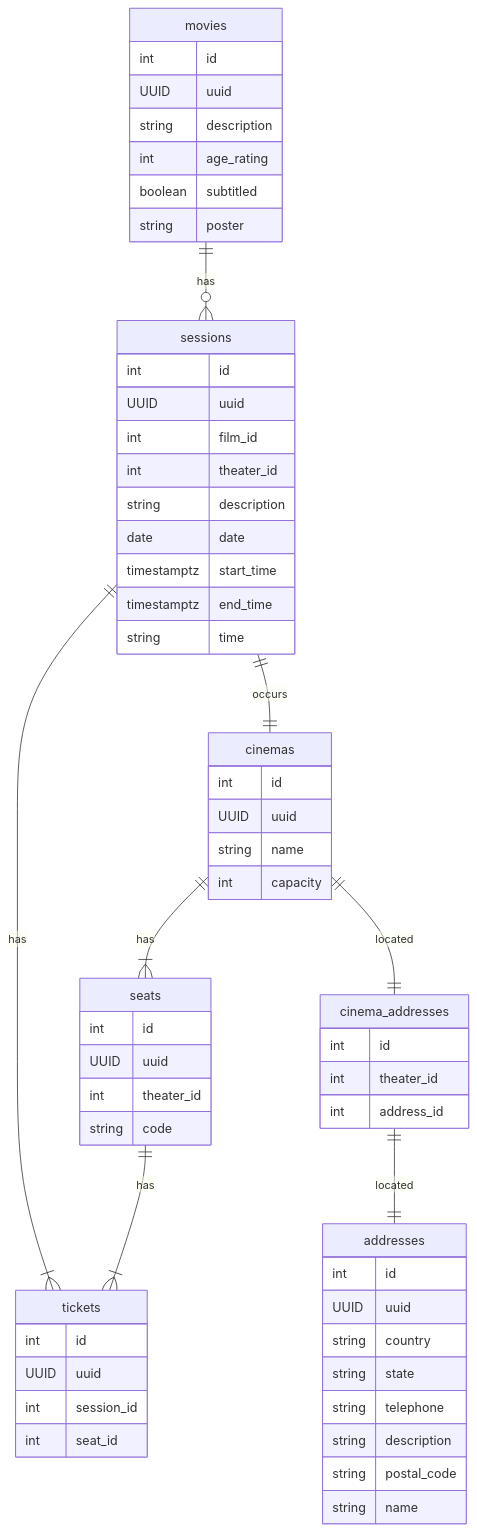
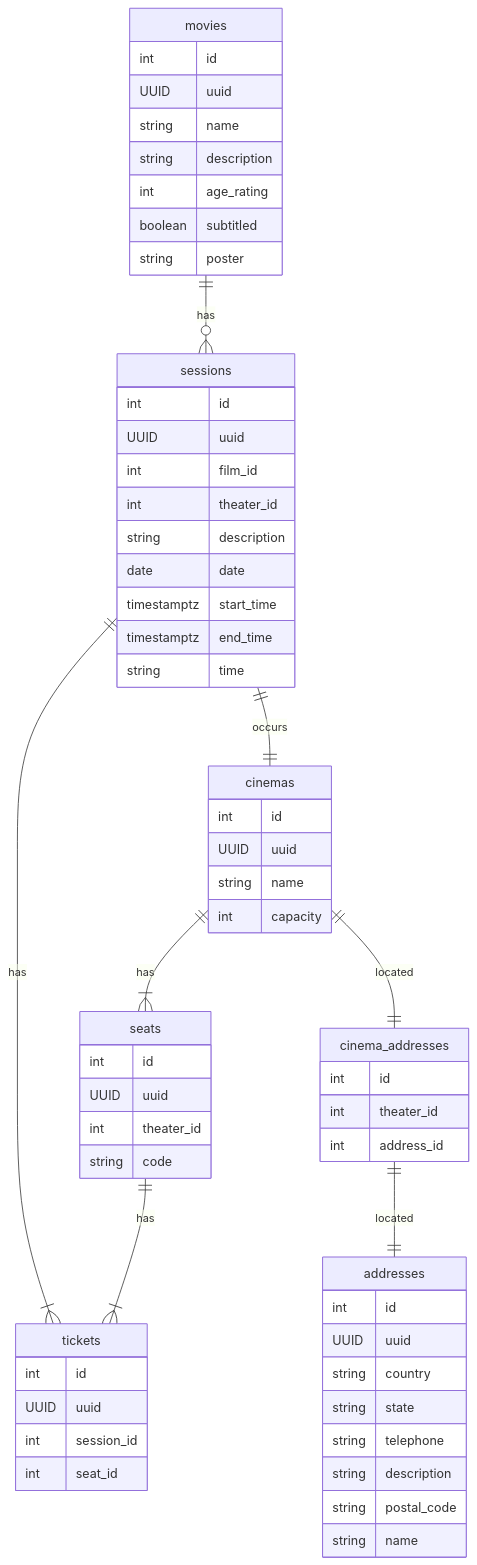
The second of 2 diagrams in README.md (jtonynet/cine-catalogo), drawn with Mermaid before and after one commit. The commit also changed 9 other files, not shown here.

````diff
--- a/README.md
+++ b/README.md
@@ -150,63 +150,64 @@
 ```mermaid
 erDiagram 
     movies {
         int id
         UUID uuid
+        string name
         string description
         int age_rating
         boolean subtitled
         string poster
     }
     sessions {
         int id
         UUID uuid
         int film_id
         int theater_id
         string description
         date date
         timestamptz start_time
         timestamptz end_time
         string time
     }
     cinemas {
         int id
         UUID uuid
         string name
         int capacity
     }
     seats {
         int id
         UUID uuid
         int theater_id
         string code
     }
     tickets {
         int id
         UUID uuid
         int session_id
         int seat_id
     }
     addresses {
         int id
         UUID uuid
         string country
         string state
         string telephone
         string description
         string postal_code
         string name
     }
     cinema_addresses {
         int id
         int theater_id
         int address_id
     }
 
     movies ||--o{ sessions : has
     sessions ||--|| cinemas : occurs
     cinemas ||--|{ seats : has
     sessions ||--|{ tickets : has
     seats ||--|{ tickets : has
     cinemas ||--|| cinema_addresses : located
     cinema_addresses ||--|| addresses : located
 ```
````
